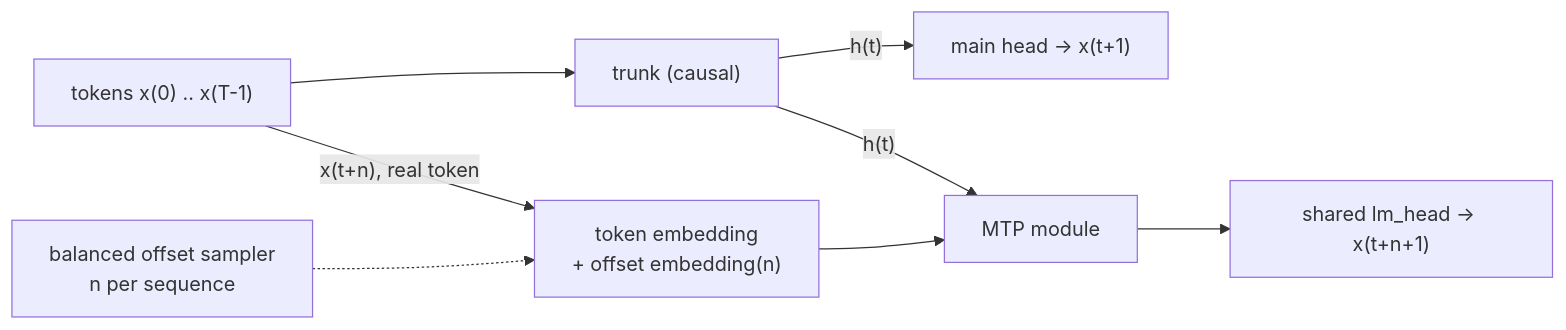
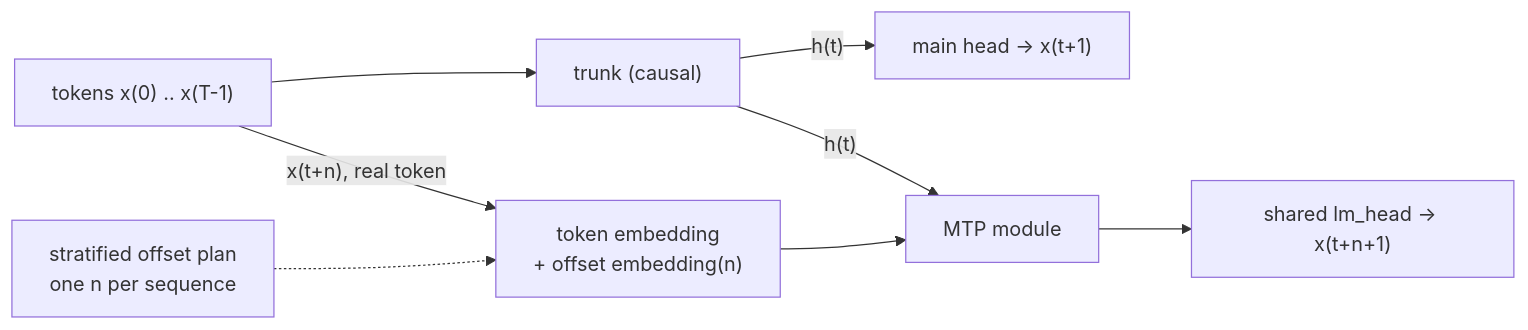
Before and after one commit to basaanithanaveenkumar/Hale-LLM: the ninth of 10 diagrams in docs/mtp.md, drawn with Mermaid. The commit also changed other lines of this file and 14 other files, not shown here.

First line of the commit message:
feat: stratified offsets over the global batch and a summed (not averaged) offset loss

````diff
--- a/docs/mtp.md
+++ b/docs/mtp.md
@@ -336,10 +337,10 @@
 ```mermaid
 flowchart LR
   X["tokens x(0) .. x(T-1)"] --> TR["trunk (causal)"]
   TR -->|"h(t)"| MH["main head -> x(t+1)"]
   TR -->|"h(t)"| MM["MTP module"]
   X -->|"x(t+n), real token"| EM["token embedding<br/>+ offset embedding(n)"]
   EM --> MM
   MM --> SH["shared lm_head -> x(t+n+1)"]
-  S["balanced offset sampler<br/>n per sequence"] -.-> EM
+  S["stratified offset plan<br/>one n per sequence"] -.-> EM
 ```
````
